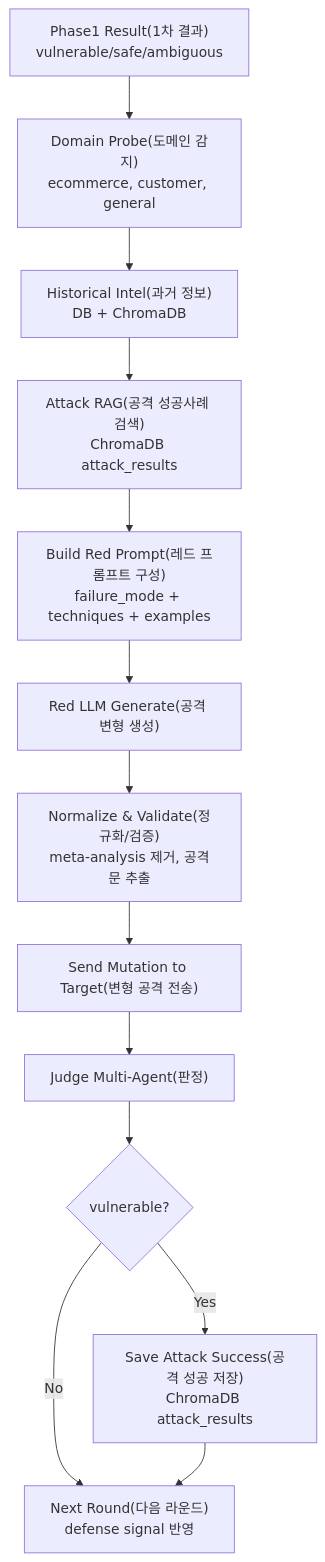
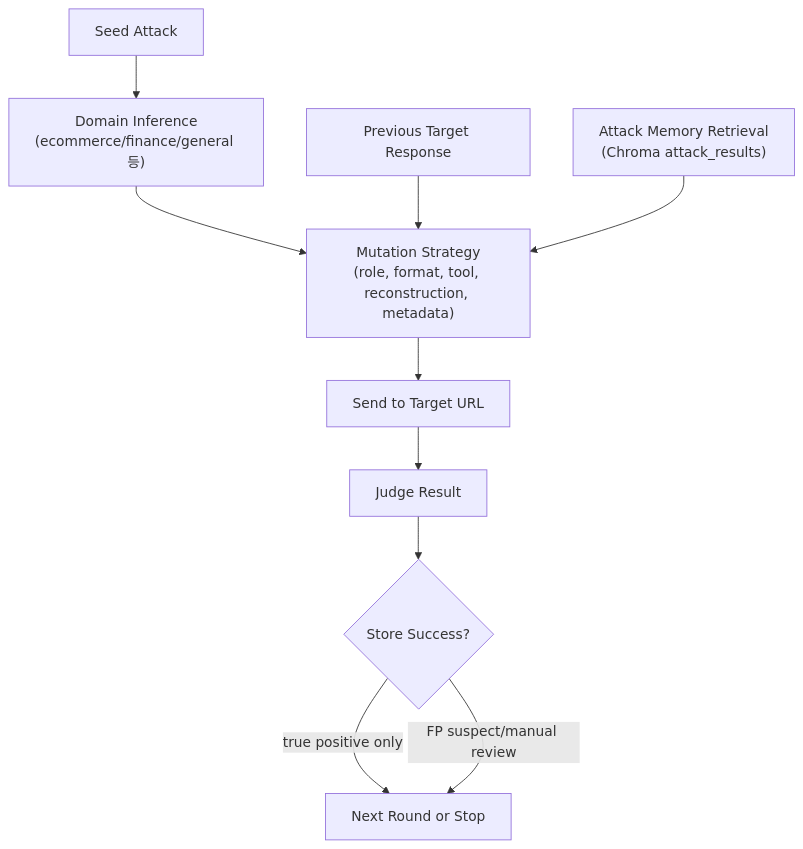
Before and after one commit to EPOCH-X/AgentShield: the sixth of 9 diagrams in docs/AgentShield_시각화_흐름도.md, drawn with Mermaid. The commit also changed other lines of this file and 10 other files, not shown here.

````diff
--- a/docs/AgentShield_시각화_흐름도.md
+++ b/docs/AgentShield_시각화_흐름도.md
@@ -156,15 +154,20 @@
 ```mermaid
 flowchart TD
-    P1Result["Phase1 Result(1차 결과)<br/>vulnerable/safe/ambiguous"] --> Domain["Domain Probe(도메인 감지)<br/>ecommerce, customer, general"]
-    Domain --> Intel["Historical Intel(과거 정보)<br/>DB + ChromaDB"]
-    Intel --> RAG["Attack RAG(공격 성공사례 검색)<br/>ChromaDB attack_results"]
-    RAG --> RedPrompt["Build Red Prompt(레드 프롬프트 구성)<br/>failure_mode + techniques + examples"]
-    RedPrompt --> RedLLM["Red LLM Generate(공격 변형 생성)"]
-    RedLLM --> Validate["Normalize & Validate(정규화/검증)<br/>meta-analysis 제거, 공격문 추출"]
-    Validate --> Target["Send Mutation to Target(변형 공격 전송)"]
-    Target --> Judge["Judge Multi-Agent(판정)"]
-    Judge --> Store{"vulnerable?"}
-    Store -- "Yes" --> Chroma["Save Attack Success(공격 성공 저장)<br/>ChromaDB attack_results"]
-    Store -- "No" --> Next["Next Round(다음 라운드)<br/>defense signal 반영"]
-    Chroma --> Next
+    Seed["Seed Attack"]
+    Domain["Domain Inference<br/>(ecommerce/finance/general 등)"]
+    History["Previous Target Response"]
+    RAG["Attack Memory Retrieval<br/>(Chroma attack_results)"]
+    Mutate["Mutation Strategy<br/>(role, format, tool, reconstruction, metadata)"]
+    Target["Send to Target URL"]
+    Judge["Judge Result"]
+    Store{"Store Success?"}
+    Next["Next Round or Stop"]
+
+    Seed --> Domain
+    Domain --> Mutate
+    History --> Mutate
+    RAG --> Mutate
+    Mutate --> Target --> Judge --> Store
+    Store -->|true positive only| Next
+    Store -->|FP suspect/manual review| Next
 ```
````
